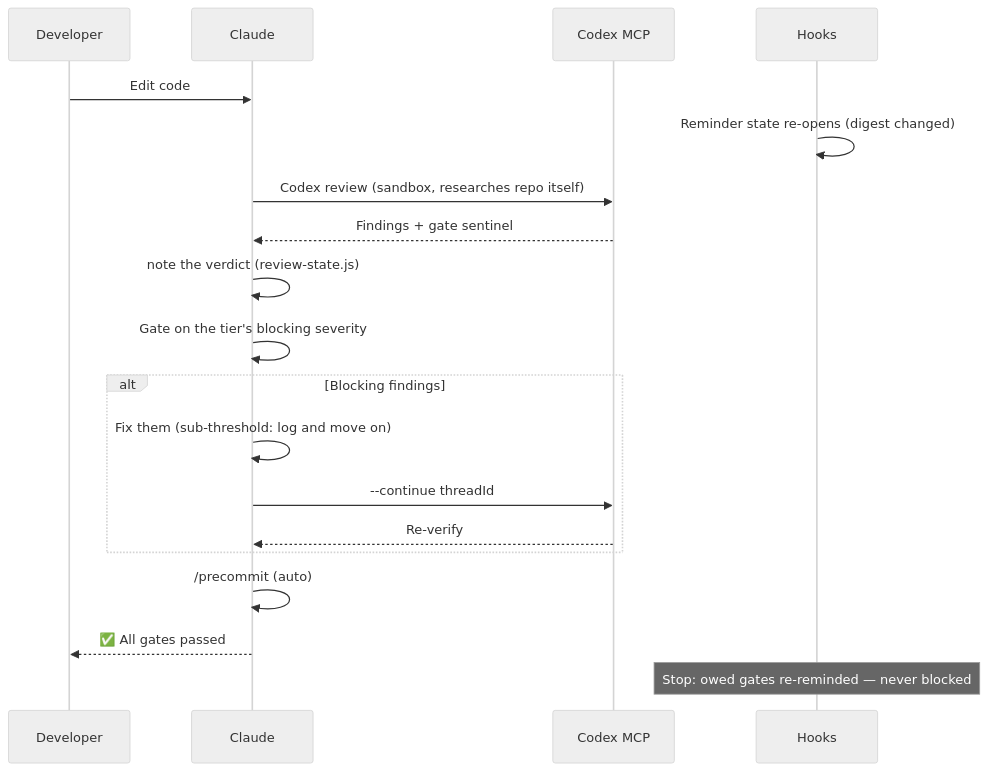
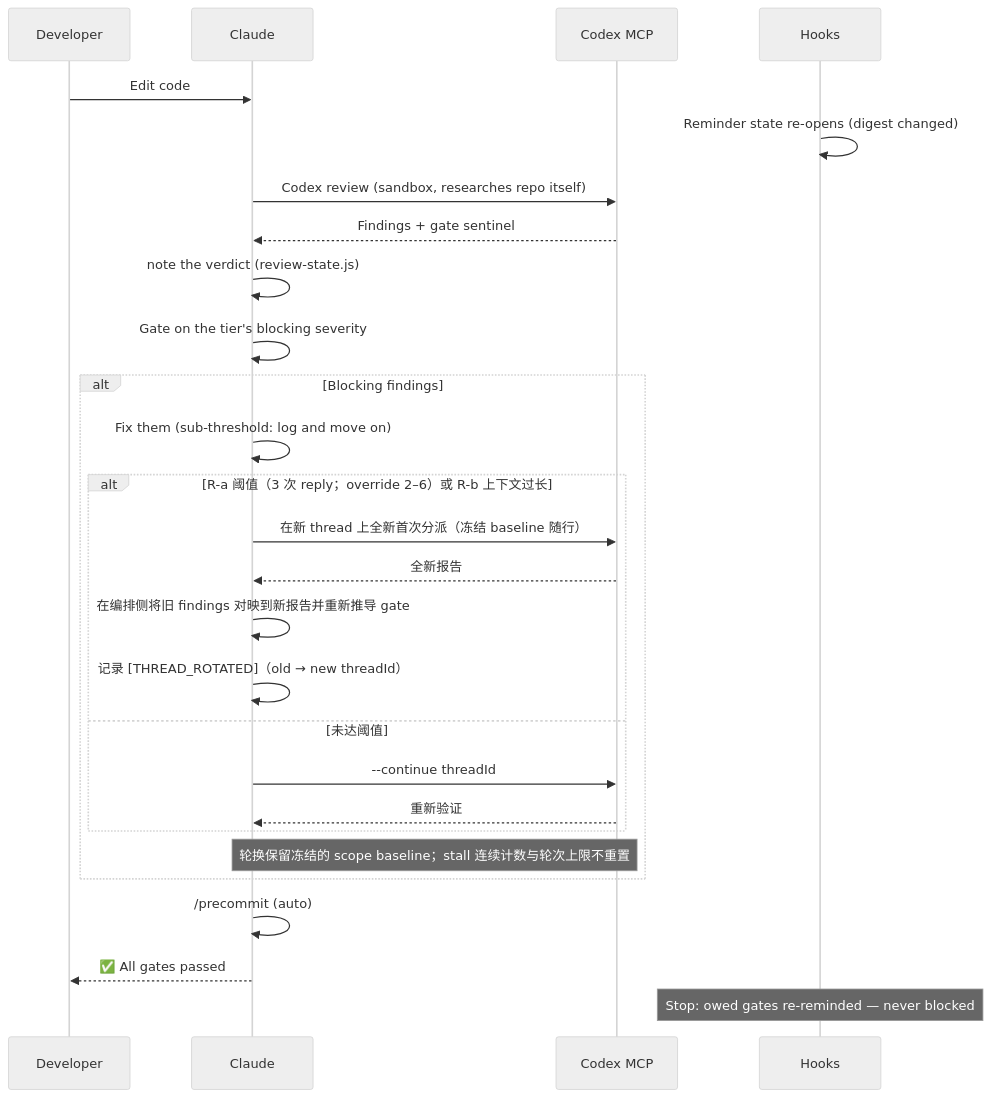
One commit to sd0xdev/sd0x-dev-flow changed the second of 3 diagrams in README.zh-CN.md. Above: the diagram before and after it, drawn with Mermaid (neutral theme). The commit also changed other lines of this file and 5 other files, not shown here.

````diff
--- a/README.zh-CN.md
+++ b/README.zh-CN.md
@@ -133,25 +133,33 @@
 ```mermaid
 sequenceDiagram
     participant D as Developer
     participant C as Claude
     participant X as Codex MCP
     participant H as Hooks
 
     D->>C: Edit code
     H->>H: Reminder state re-opens (digest changed)
     C->>X: Codex review (sandbox, researches repo itself)
     X-->>C: Findings + gate sentinel
     C->>C: note the verdict (review-state.js)
     C->>C: Gate on the tier's blocking severity
 
     alt Blocking findings
         C->>C: Fix them (sub-threshold: log and move on)
-        C->>X: --continue threadId
-        X-->>C: Re-verify
+        alt R-a 阈值（3 次 reply；override 2–6）或 R-b 上下文过长
+            C->>X: 在新 thread 上全新首次分派（冻结 baseline 随行）
+            X-->>C: 全新报告
+            C->>C: 在编排侧将旧 findings 对映到新报告并重新推导 gate
+            C->>C: 记录 [THREAD_ROTATED]（old → new threadId）
+        else 未达阈值
+            C->>X: --continue threadId
+            X-->>C: 重新验证
+        end
+        Note over C,X: 轮换保留冻结的 scope baseline；stall 连续计数与轮次上限不重置
     end
 
     C->>C: /precommit (auto)
     C-->>D: ✅ All gates passed
 
     Note over H: Stop: owed gates re-reminded — never blocked
 ```
````
